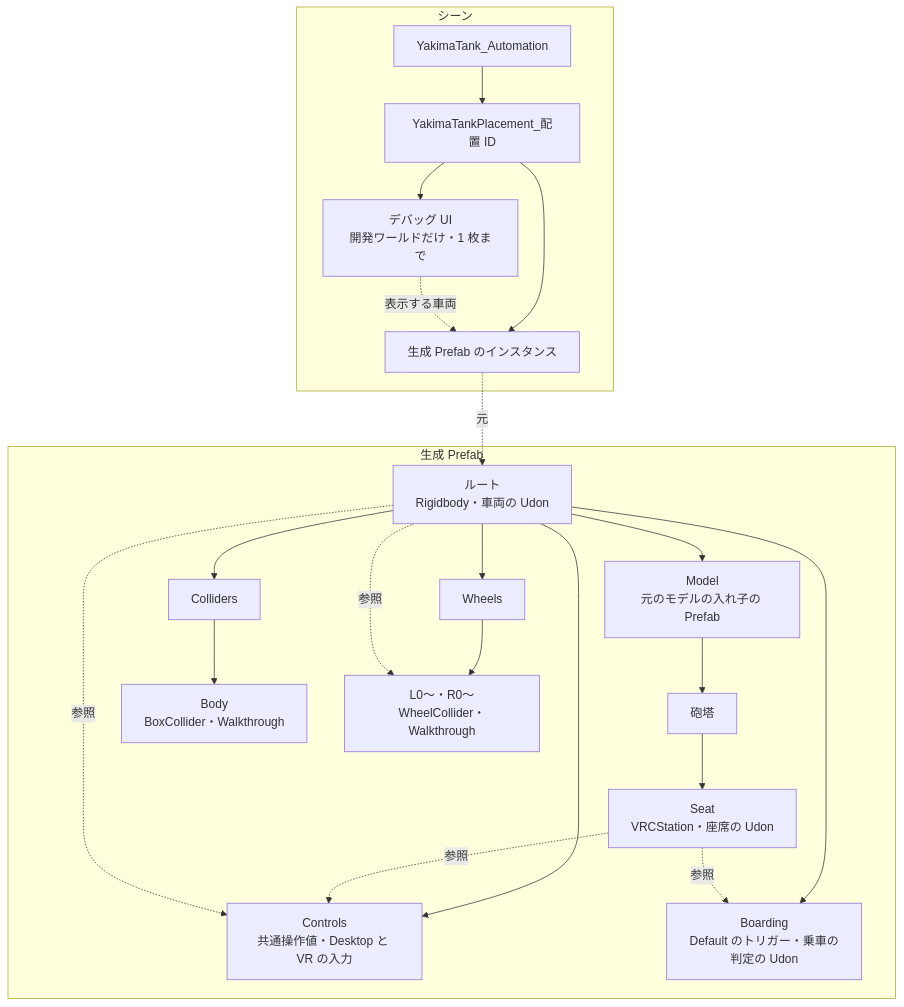
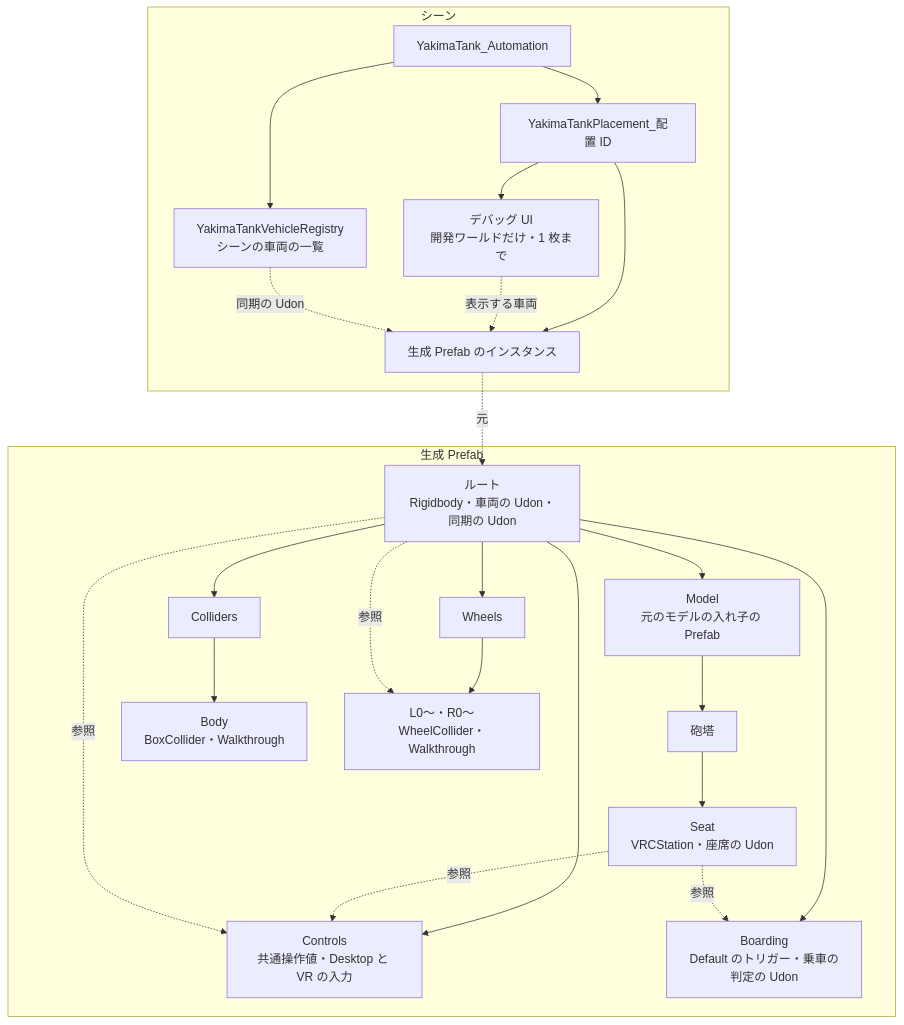
One commit to yakimannzyuu/YakimaTank changed the diagram in Docs/03_Architecture/diagrams/generated-prefab.md. Above: the diagram before and after it, drawn with Mermaid. The commit also changed other lines of this file and 9 other files, not shown here.

````diff
--- a/Docs/03_Architecture/diagrams/generated-prefab.md
+++ b/Docs/03_Architecture/diagrams/generated-prefab.md
@@ -5,22 +5,24 @@
 ```mermaid
 flowchart TB
   subgraph scene[シーン]
     root[YakimaTank_Automation] --> holder[YakimaTankPlacement_配置 ID]
     holder --> instance[生成 Prefab のインスタンス]
     holder --> panel[デバッグ UI<br/>開発ワールドだけ・1 枚まで]
+    root --> registry[YakimaTankVehicleRegistry<br/>シーンの車両の一覧]
   end
   subgraph prefab[生成 Prefab]
-    top[ルート<br/>Rigidbody・車両の Udon] --> model[Model<br/>元のモデルの入れ子の Prefab]
+    top[ルート<br/>Rigidbody・車両の Udon・同期の Udon] --> model[Model<br/>元のモデルの入れ子の Prefab]
     model --> turret[砲塔] --> seat[Seat<br/>VRCStation・座席の Udon]
     top --> colliders[Colliders] --> body[Body<br/>BoxCollider・Walkthrough]
     top --> wheels[Wheels] --> wheel[L0〜・R0〜<br/>WheelCollider・Walkthrough]
     top --> controls[Controls<br/>共通操作値・Desktop と VR の入力]
     top --> boarding[Boarding<br/>Default のトリガー・乗車の判定の Udon]
   end
   instance -.元.-> top
   panel -.表示する車両.-> instance
+  registry -.同期の Udon.-> instance
   seat -.参照.-> controls
   seat -.参照.-> boarding
   top -.参照.-> wheel
   top -.参照.-> controls
 ```
````
